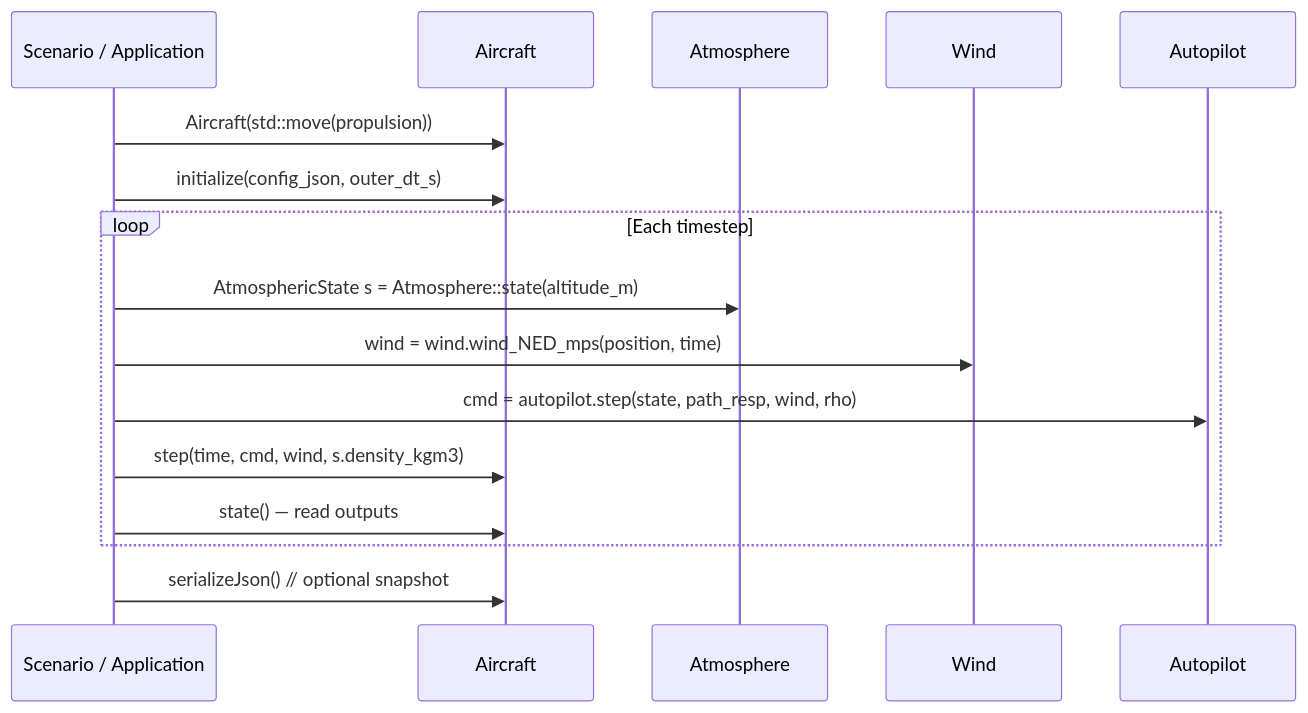
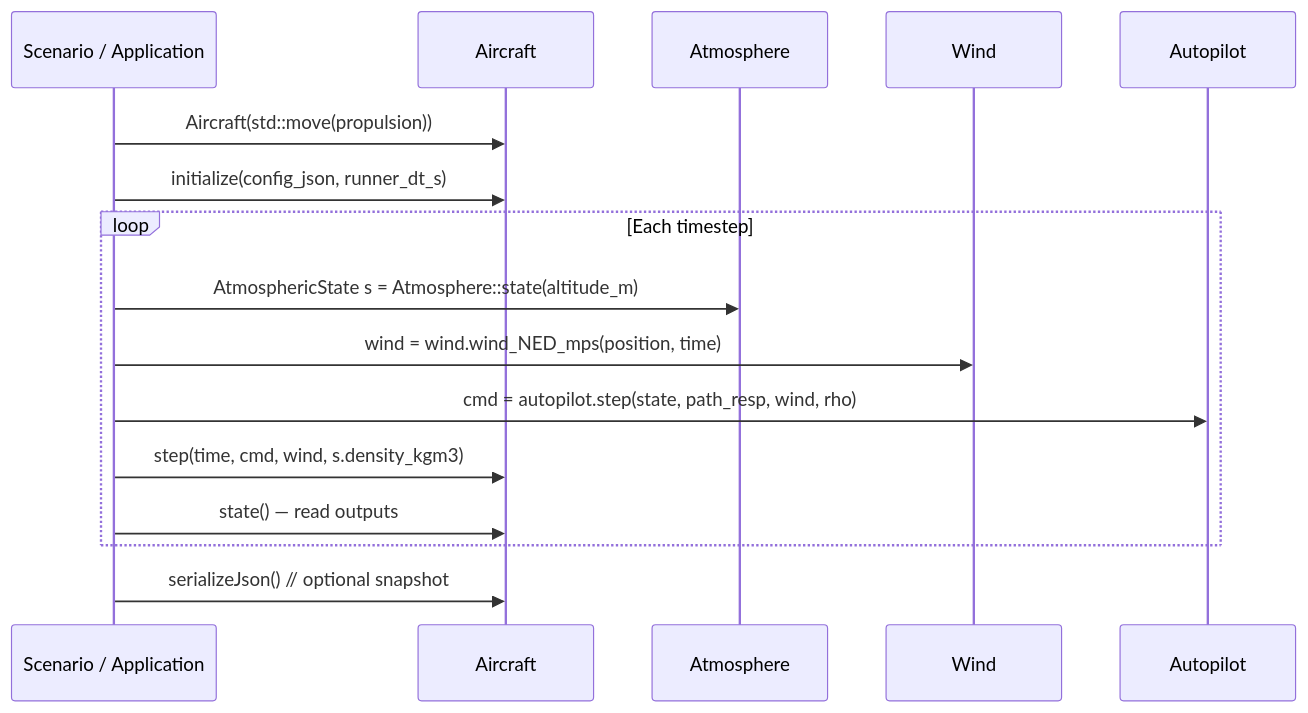
One commit to yJjDoAZuae/LiteAeroSim changed the fourth of 4 diagrams in docs/architecture/aircraft.md. Above: the diagram before and after it, drawn with Mermaid. The commit also changed other lines of this file and 5 other files, not shown here.

````diff
--- a/docs/architecture/aircraft.md
+++ b/docs/architecture/aircraft.md
@@ -886,21 +941,21 @@
 ```mermaid
 sequenceDiagram
     participant App  as Scenario / Application
     participant AC   as Aircraft
     participant ATM  as Atmosphere
     participant WND  as Wind
     participant AP   as Autopilot
 
     App ->> AC   : Aircraft(std::move(propulsion))
-    App ->> AC   : initialize(config_json, outer_dt_s)
+    App ->> AC   : initialize(config_json, runner_dt_s)
 
     loop Each timestep
         App  ->> ATM  : AtmosphericState s = Atmosphere::state(altitude_m)
         App  ->> WND  : wind = wind.wind_NED_mps(position, time)
         App  ->> AP   : cmd  = autopilot.step(state, path_resp, wind, rho)
         App  ->> AC   : step(time, cmd, wind, s.density_kgm3)
         App  ->> AC   : state() — read outputs
     end
 
     App  ->> AC   : serializeJson()   // optional snapshot
 ```
````
